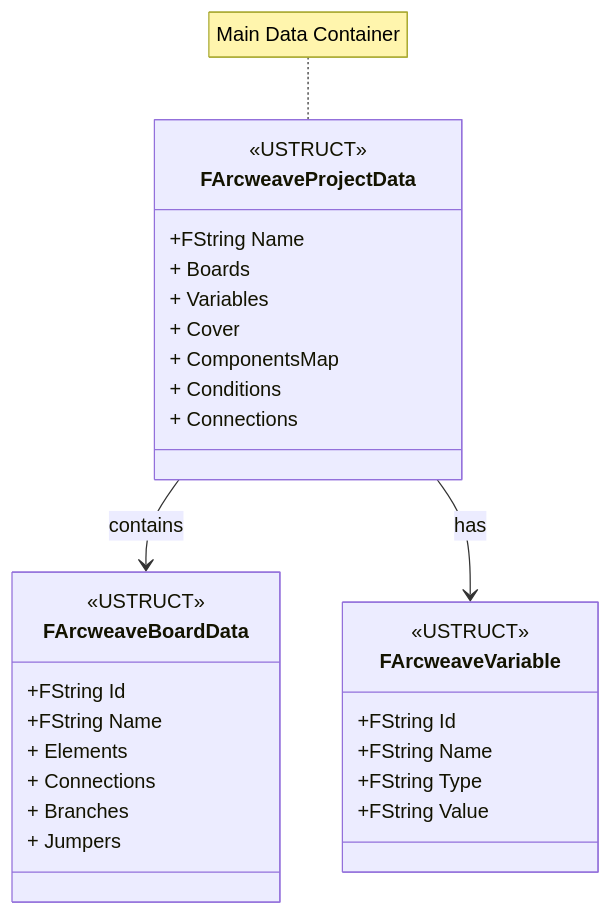
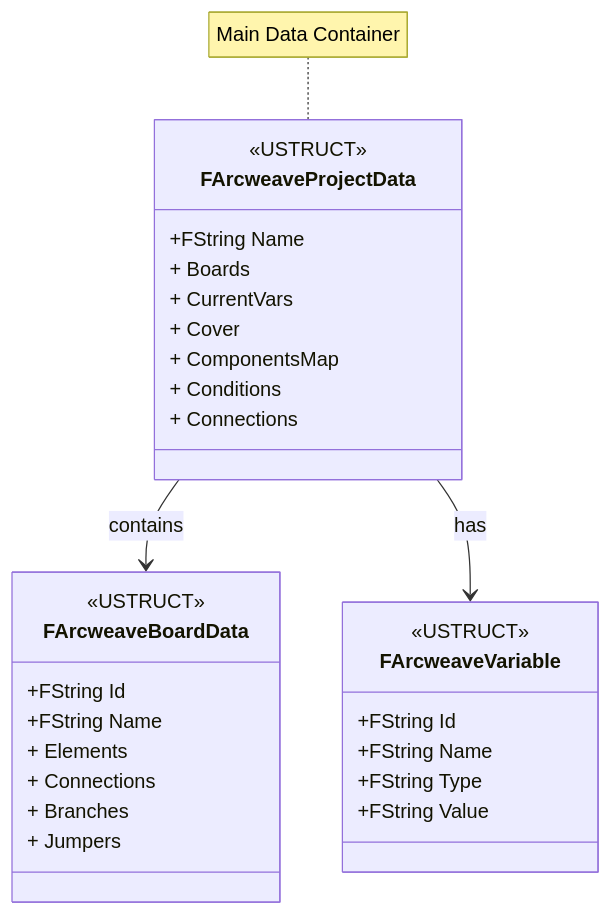
Before and after one commit to arcweave/arcweave-unreal-plugin: the fifth of 7 diagrams in README.md, drawn with Mermaid. The commit also changed other lines of this file and 6 other files, not shown here.

````diff
--- a/README.md
+++ b/README.md
@@ -218,42 +219,42 @@
 ```mermaid
 
 classDiagram
 direction TB
 
 note for FArcweaveProjectData "Main Data Container"
     class FArcweaveProjectData {
 	    +FString Name
 	    +  Boards
-	    +  Variables
+	    +  CurrentVars
 	    +  Cover
 	    +  ComponentsMap
 	    +  Conditions
 	    +  Connections
     }
 
     class FArcweaveBoardData {
 	    +FString Id
 	    +FString Name
 	    + Elements
 	    + Connections
 	    + Branches
 	    + Jumpers
     }
 
     class FArcweaveVariable {
 	    +FString Id
 	    +FString Name
 	    +FString Type
 	    +FString Value
     }
 
    
 	<<USTRUCT>> FArcweaveProjectData
 	<<USTRUCT>> FArcweaveBoardData
 	<<USTRUCT>> FArcweaveVariable
 
 
     FArcweaveProjectData --> FArcweaveBoardData : contains
     FArcweaveProjectData --> FArcweaveVariable : has
 
 ```
````
